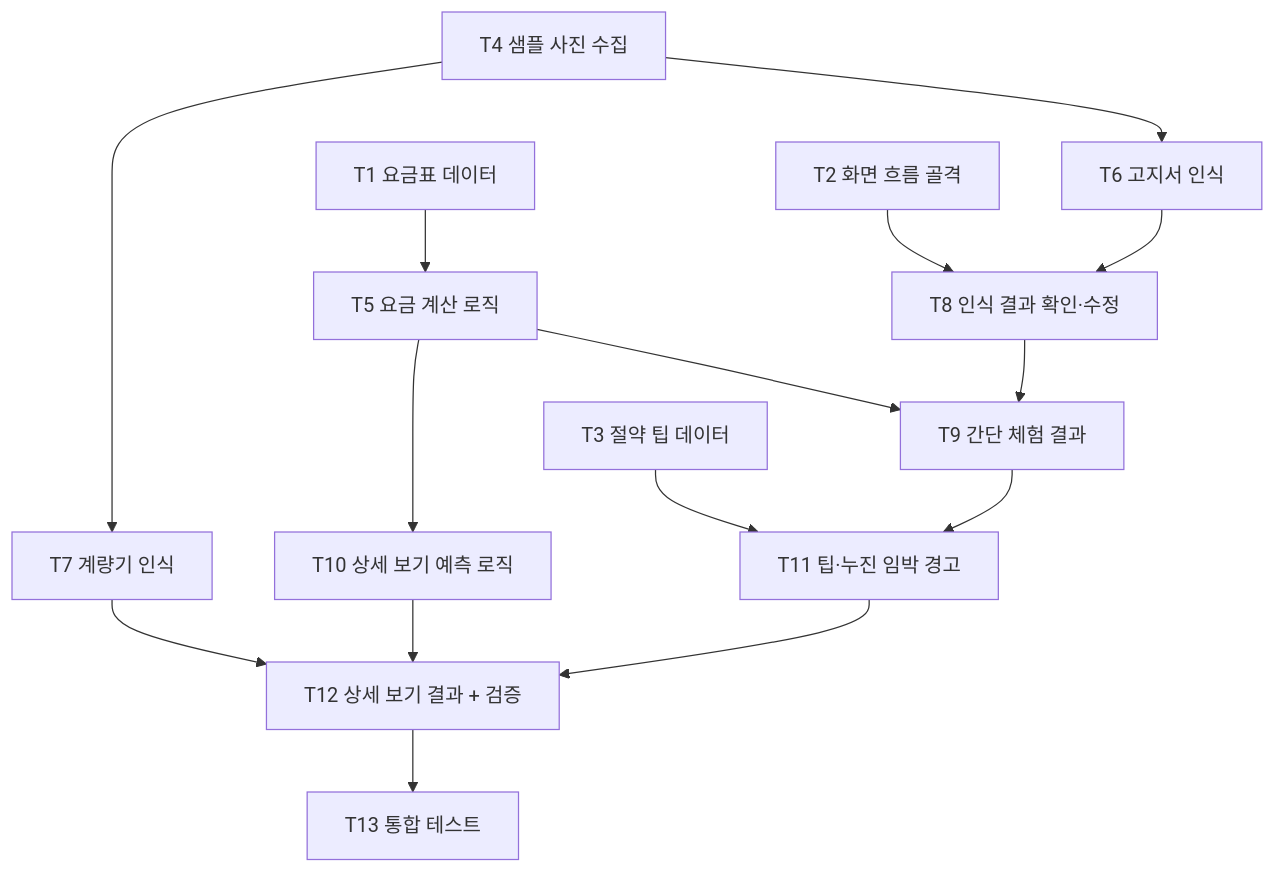
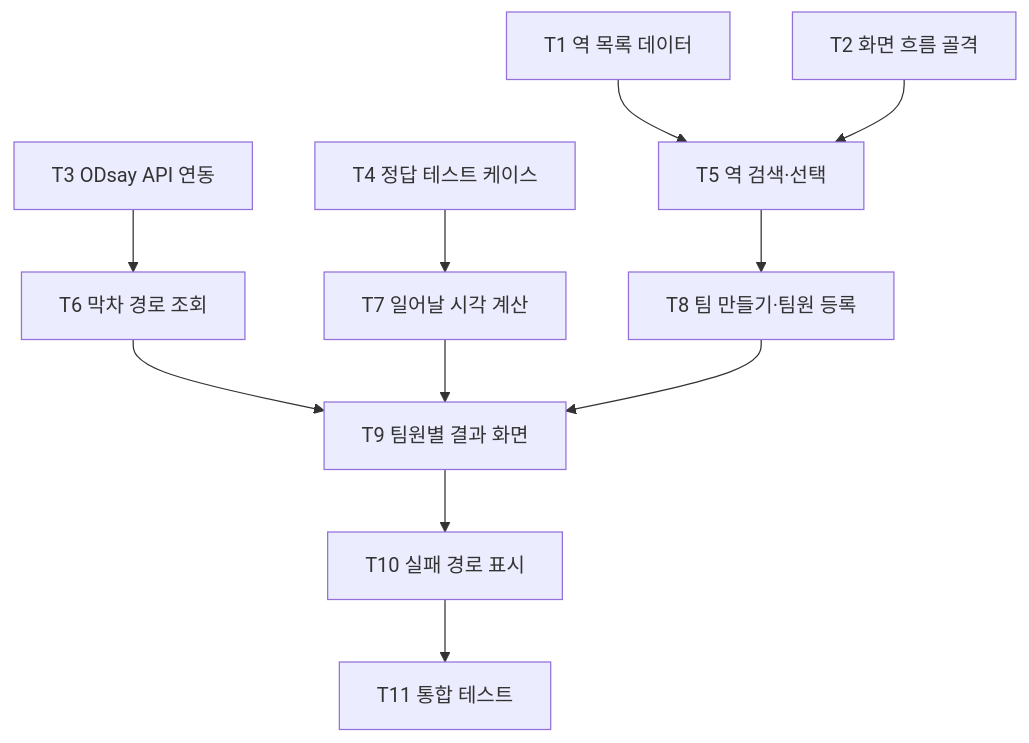
One commit to phj316/aix-2026f-team07 changed the diagram in docs/week-05.md. Above: the diagram before and after it, drawn with Mermaid. The commit also changed other lines of this file, not shown here.

````diff
--- a/docs/week-05.md
+++ b/docs/week-05.md
@@ -50,17 +51,13 @@
 ```mermaid
 graph TD
-    T1[T1 요금표 데이터] --> T5[T5 요금 계산 로직]
-    T2[T2 화면 흐름 골격] --> T8[T8 인식 결과 확인·수정]
-    T4[T4 샘플 사진 수집] --> T6[T6 고지서 인식]
-    T4 --> T7[T7 계량기 인식]
-    T6 --> T8
-    T5 --> T9[T9 간단 체험 결과]
+    T1[T1 역 목록 데이터] --> T5[T5 역 검색·선택]
+    T2[T2 화면 흐름 골격] --> T5
+    T5 --> T8[T8 팀 만들기·팀원 등록]
+    T3[T3 ODsay API 연동] --> T6[T6 막차 경로 조회]
+    T4[T4 정답 테스트 케이스] --> T7[T7 일어날 시각 계산]
+    T6 --> T9[T9 팀원별 결과 화면]
+    T7 --> T9
     T8 --> T9
-    T5 --> T10[T10 상세 보기 예측 로직]
-    T3[T3 절약 팁 데이터] --> T11[T11 팁·누진 임박 경고]
-    T9 --> T11
-    T7 --> T12[T12 상세 보기 결과 + 검증]
-    T10 --> T12
-    T11 --> T12
-    T12 --> T13[T13 통합 테스트]
+    T9 --> T10[T10 실패 경로 표시]
+    T10 --> T11[T11 통합 테스트]
 ```
````
